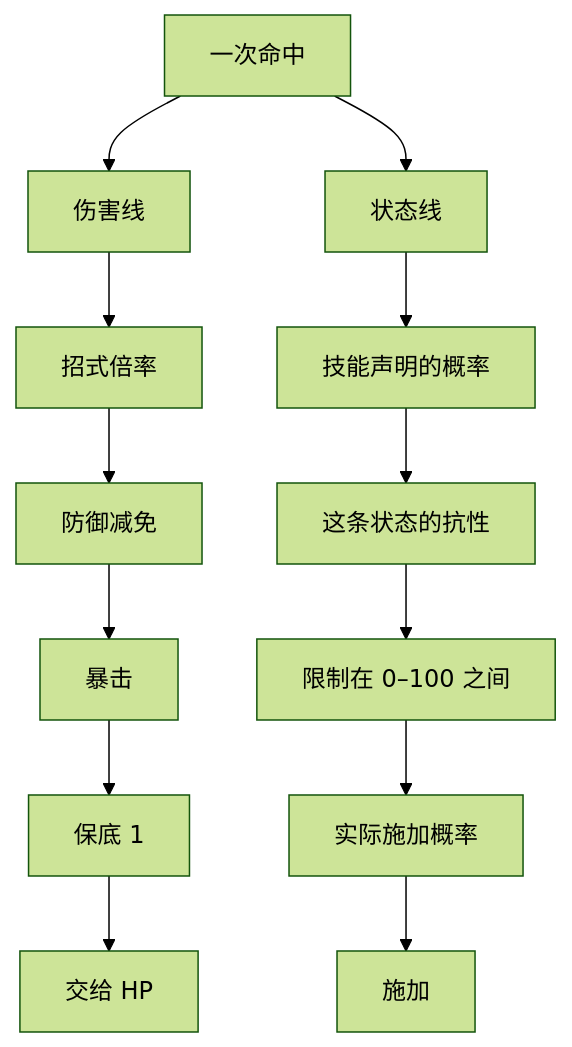
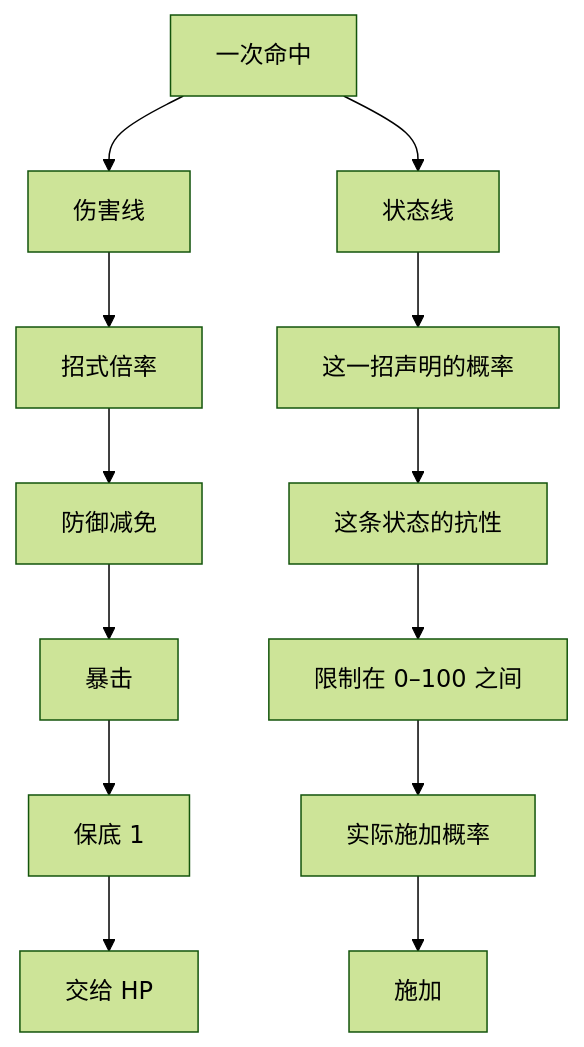
Before and after one commit to haohaoxuexiHAOHAO/Tinderhearth-The-Last-Class-Docs: the diagram in design/伤害系统.md, drawn with Mermaid (forest theme). The commit also changed other lines of this file and 19 other files, not shown here.

````diff
--- a/design/伤害系统.md
+++ b/design/伤害系统.md
@@ -68,15 +68,15 @@
 ```mermaid
 flowchart TD
     命中["一次命中"] --> 伤害线
     命中 --> 状态线
     伤害线 --> 倍率["招式倍率"]
     倍率 --> 减免["防御减免"]
     减免 --> 暴击
     暴击 --> 保底["保底 1"]
     保底 --> HP["交给 HP"]
-    状态线 --> 声明["技能声明的概率"]
+    状态线 --> 声明["这一招声明的概率"]
     声明 --> 抗性["这条状态的抗性"]
     抗性 --> 限制["限制在 0–100 之间"]
     限制 --> 实际["实际施加概率"]
     实际 --> 施加
 ```
````
